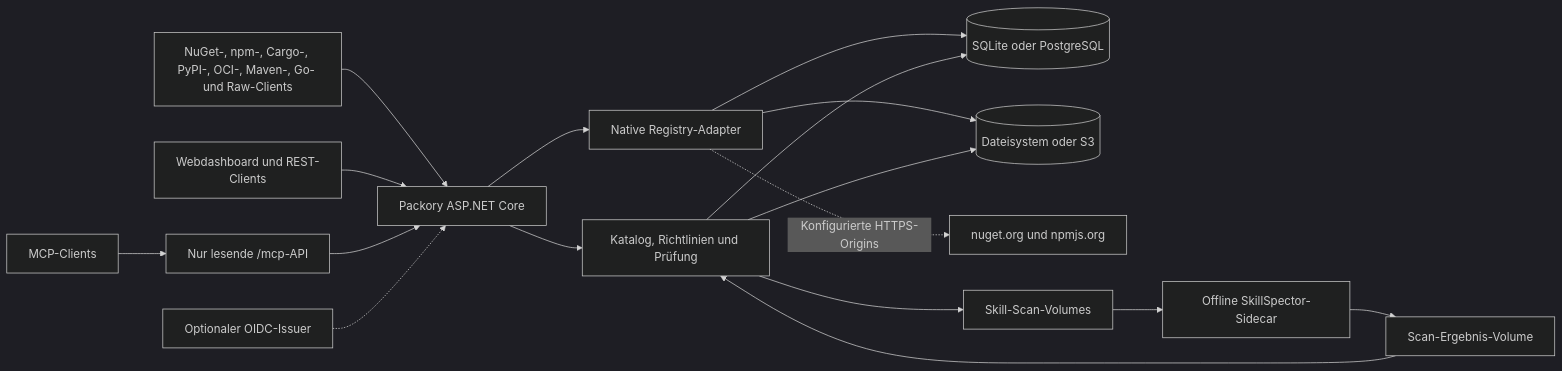
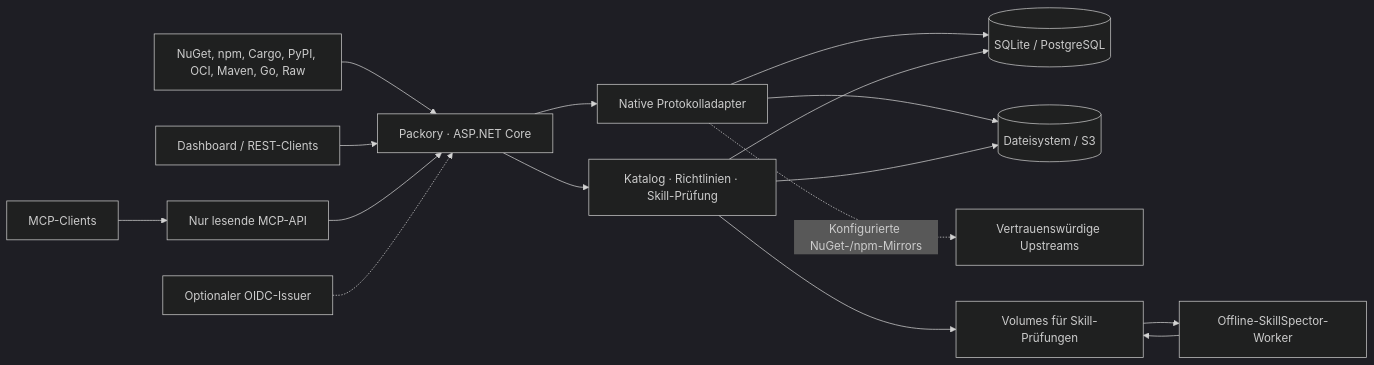
Before and after one commit to Cenn0/Packory: the diagram in README.de.md, drawn with Mermaid (dark theme). The commit also changed other lines of this file and 2 other files, not shown here.

````diff
--- a/README.de.md
+++ b/README.de.md
@@ -100,19 +107,18 @@
 ```mermaid
 flowchart LR
-  C["NuGet-, npm-, Cargo-, PyPI-, OCI-, Maven-, Go- und Raw-Clients"] --> App["Packory ASP.NET Core"]
-  Web["Webdashboard und REST-Clients"] --> App
-  MCP["MCP-Clients"] --> Read["Nur lesende /mcp-API"]
-  Read --> App
-  OIDC["Optionaler OIDC-Issuer"] -.-> App
-  App --> Adapter["Native Registry-Adapter"]
-  App --> Catalog["Katalog, Richtlinien und Prüfung"]
-  Adapter --> DB[("SQLite oder PostgreSQL")]
-  Catalog --> DB
-  Adapter --> Blob[("Dateisystem oder S3")]
-  Catalog --> Blob
-  Adapter -. "Konfigurierte HTTPS-Origins" .-> U["nuget.org und npmjs.org"]
-  Catalog --> Queue["Skill-Scan-Volumes"]
-  Queue --> Scan["Offline SkillSpector-Sidecar"]
-  Scan --> Out["Scan-Ergebnis-Volume"]
-  Out --> Catalog
+    Native["NuGet, npm, Cargo, PyPI, OCI, Maven, Go, Raw"] --> App["Packory · ASP.NET Core"]
+    Browser["Dashboard / REST-Clients"] --> App
+    MCP["MCP-Clients"] --> API["Nur lesende MCP-API"]
+    API --> App
+    OIDC["Optionaler OIDC-Issuer"] -.-> App
+    App --> Registry["Native Protokolladapter"]
+    App --> Core["Katalog · Richtlinien · Skill-Prüfung"]
+    Registry --> DB[("SQLite / PostgreSQL")]
+    Core --> DB
+    Registry --> Blob[("Dateisystem / S3")]
+    Core --> Blob
+    Registry -. "Konfigurierte NuGet-/npm-Mirrors" .-> Upstream["Vertrauenswürdige Upstreams"]
+    Core --> Exchange["Volumes für Skill-Prüfungen"]
+    Exchange --> Scanner["Offline-SkillSpector-Worker"]
+    Scanner --> Exchange
 ```
````
